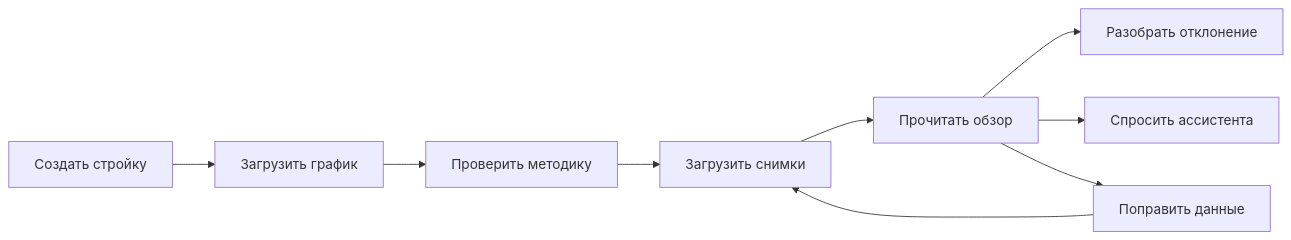
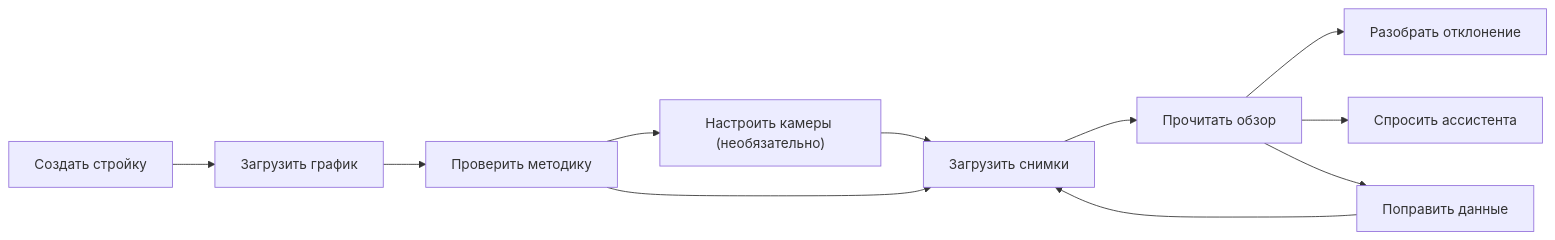
Before and after one commit to fadegor05/LCT-7: the first of 6 diagrams in documentation/business-logic.md, drawn with Mermaid. The commit also changed other lines of this file and 6 other files, not shown here.

````diff
--- a/documentation/business-logic.md
+++ b/documentation/business-logic.md
@@ -28,11 +28,13 @@
 ```mermaid
 flowchart LR
   A["Создать стройку"] --> B["Загрузить график"]
   B --> C["Проверить методику"]
+  C --> K["Настроить камеры (необязательно)"]
+  K --> D["Загрузить снимки"]
   C --> D["Загрузить снимки"]
   D --> E["Прочитать обзор"]
   E --> F["Разобрать отклонение"]
   E --> G["Спросить ассистента"]
   E --> H["Поправить данные"]
   H --> D
 ```
````
